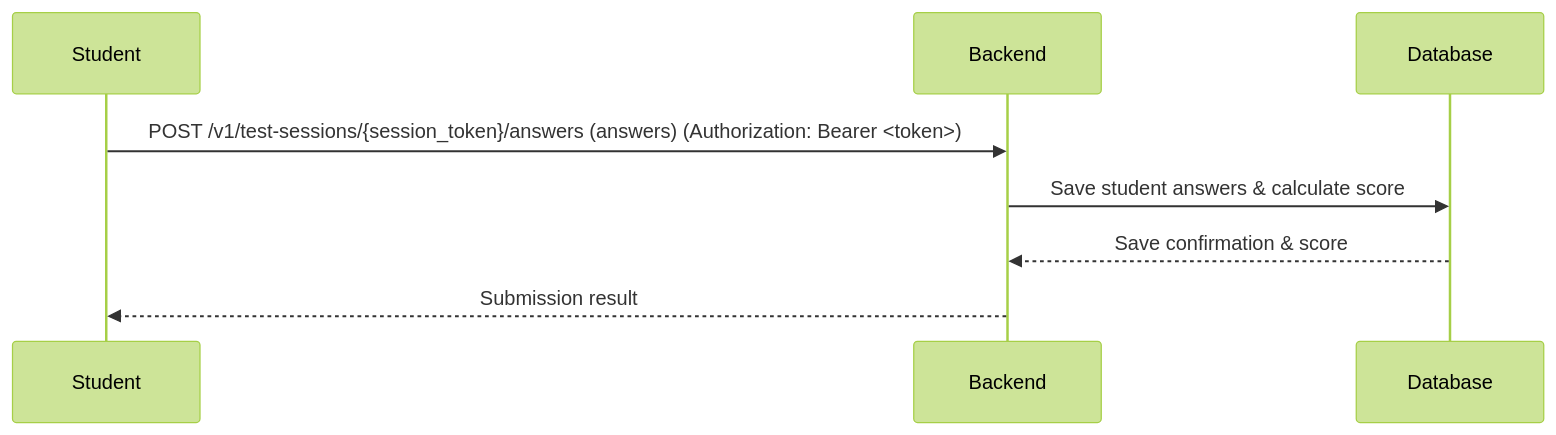
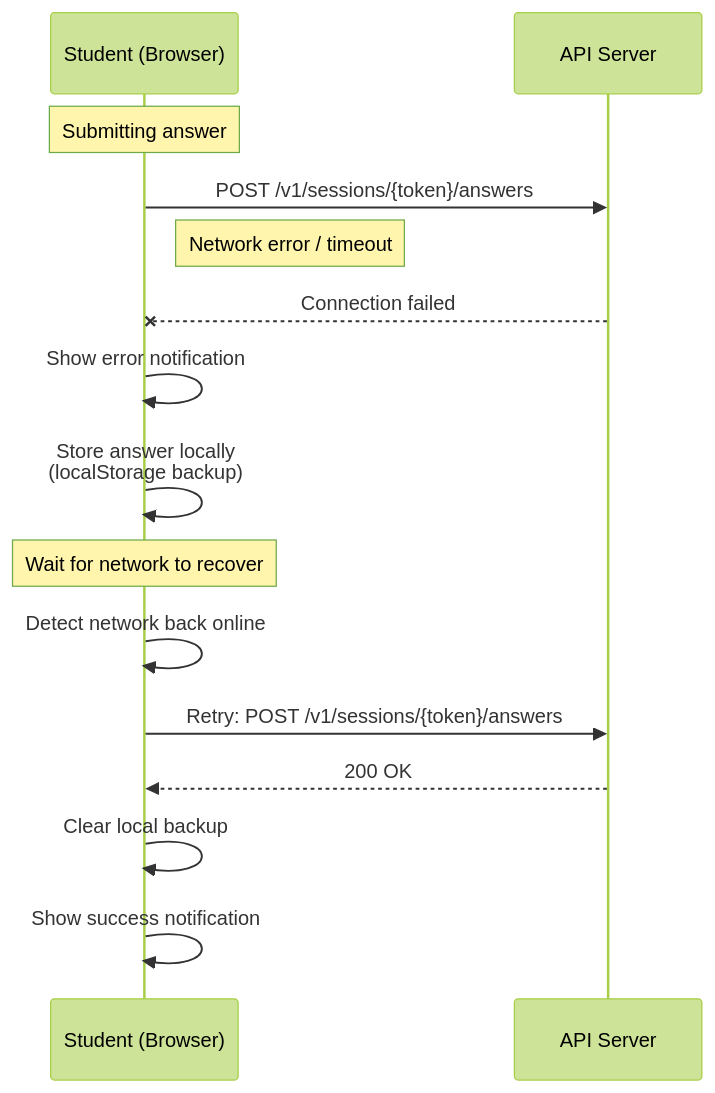
Diagram 16 of 16 in README.md (SangBejoo/cbt-mini-project), drawn with Mermaid (forest theme) before and after one commit. The commit also changed other lines of this file, not shown here.

````diff
--- a/README.md
+++ b/README.md
@@ -542,11 +955,26 @@
 ```mermaid
 sequenceDiagram
-    participant Student
-    participant Backend
-    participant Database
+    participant Student as Student (Browser)
+    participant API as API Server
+    
+    Note over Student: Submitting answer
+    
+    Student->>API: POST /v1/sessions/{token}/answers
+    Note right of Student: Network error / timeout
+    
+    API--XStudent: Connection failed
+    
+    Student->>Student: Show error notification
+    Student->>Student: Store answer locally<br/>(localStorage backup)
+    
+    Note over Student: Wait for network to recover
+    
+    Student->>Student: Detect network back online
+    
+    Student->>API: Retry: POST /v1/sessions/{token}/answers
+    API-->>Student: 200 OK
+    
+    Student->>Student: Clear local backup
+    Student->>Student: Show success notification
 
-    Student->>Backend: POST /v1/test-sessions/{session_token}/answers (answers) (Authorization: Bearer <token>)
-    Backend->>Database: Save student answers & calculate score
-    Database-->>Backend: Save confirmation & score
-    Backend-->>Student: Submission result
 ```
````
